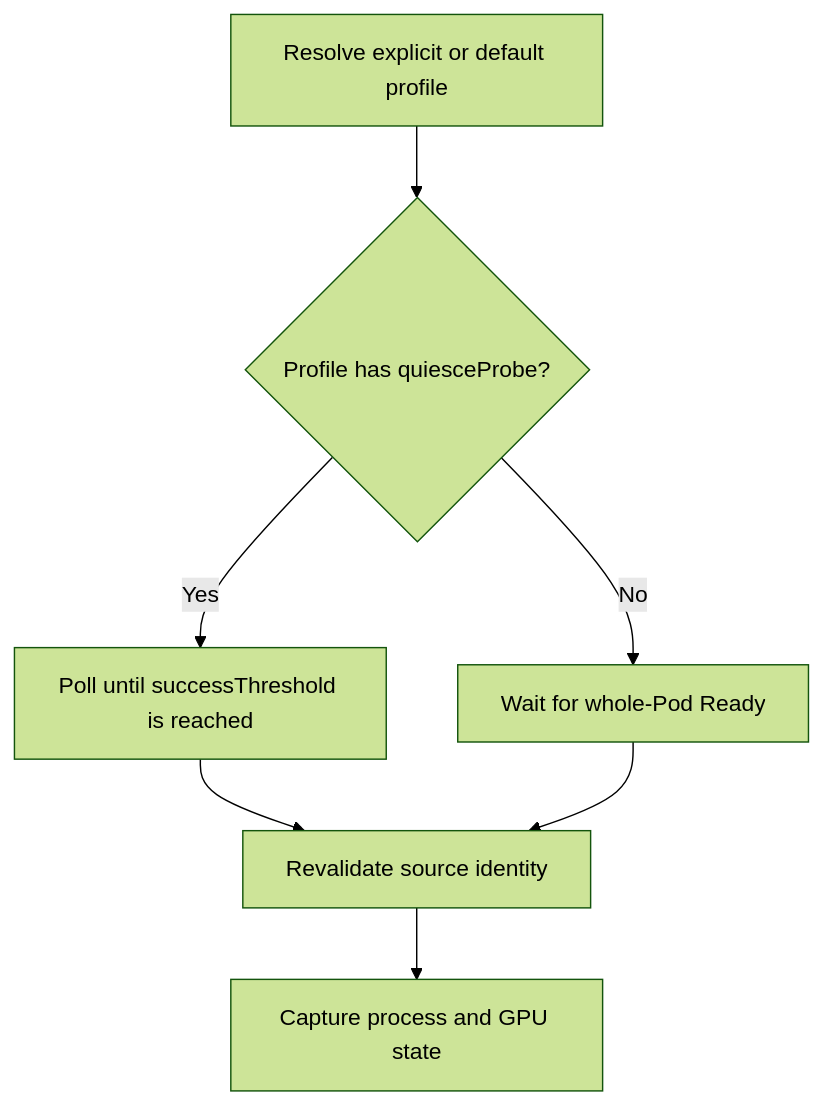
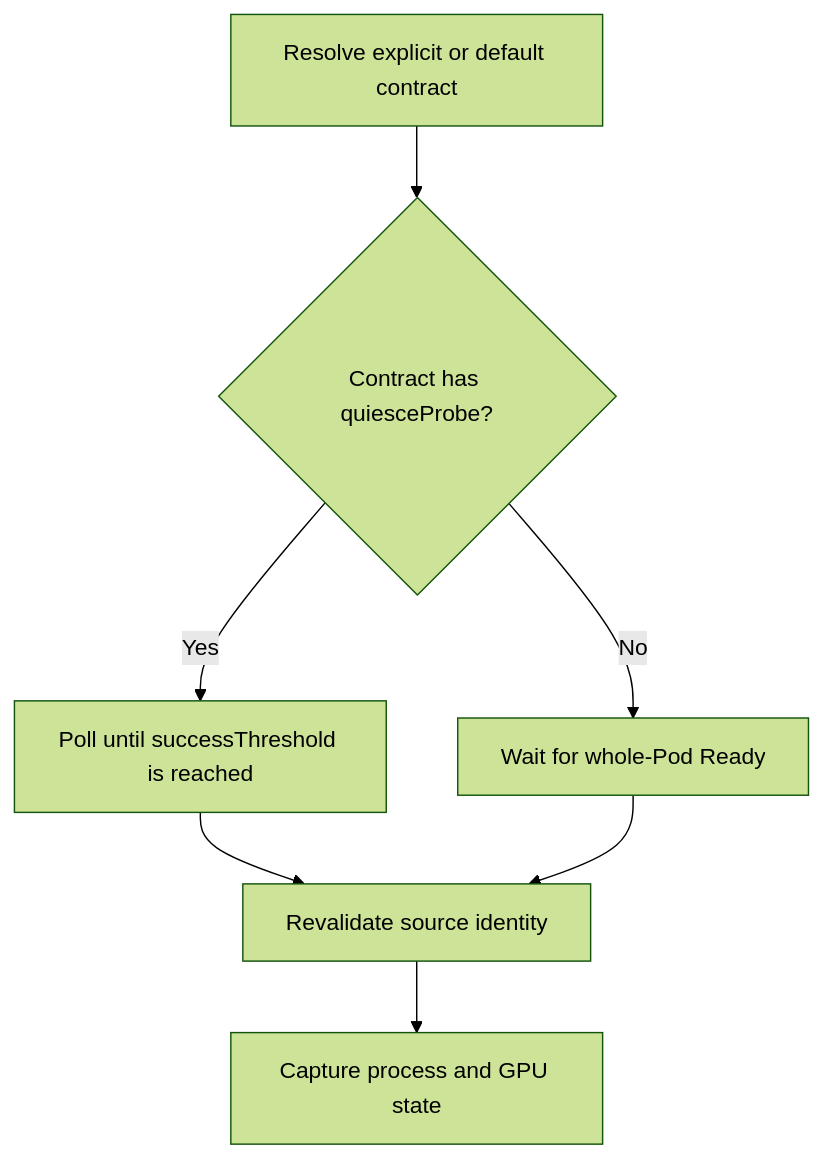
Before and after one commit to AlanFokCo/snapshot: the first of 3 diagrams in docs/proposals/411-application-lifecycle-hooks/README.md, drawn with Mermaid (forest theme). The commit also changed other lines of this file, not shown here.

````diff
--- a/docs/proposals/411-application-lifecycle-hooks/README.md
+++ b/docs/proposals/411-application-lifecycle-hooks/README.md
@@ -403,9 +333,9 @@
 ```mermaid
 flowchart TD
-    A[Resolve explicit or default profile] --> B{Profile has quiesceProbe?}
+    A[Resolve explicit or default contract] --> B{Contract has quiesceProbe?}
     B -->|Yes| C[Poll until successThreshold is reached]
     B -->|No| D[Wait for whole-Pod Ready]
     C --> E[Revalidate source identity]
     D --> E
     E --> F[Capture process and GPU state]
 ```
````
